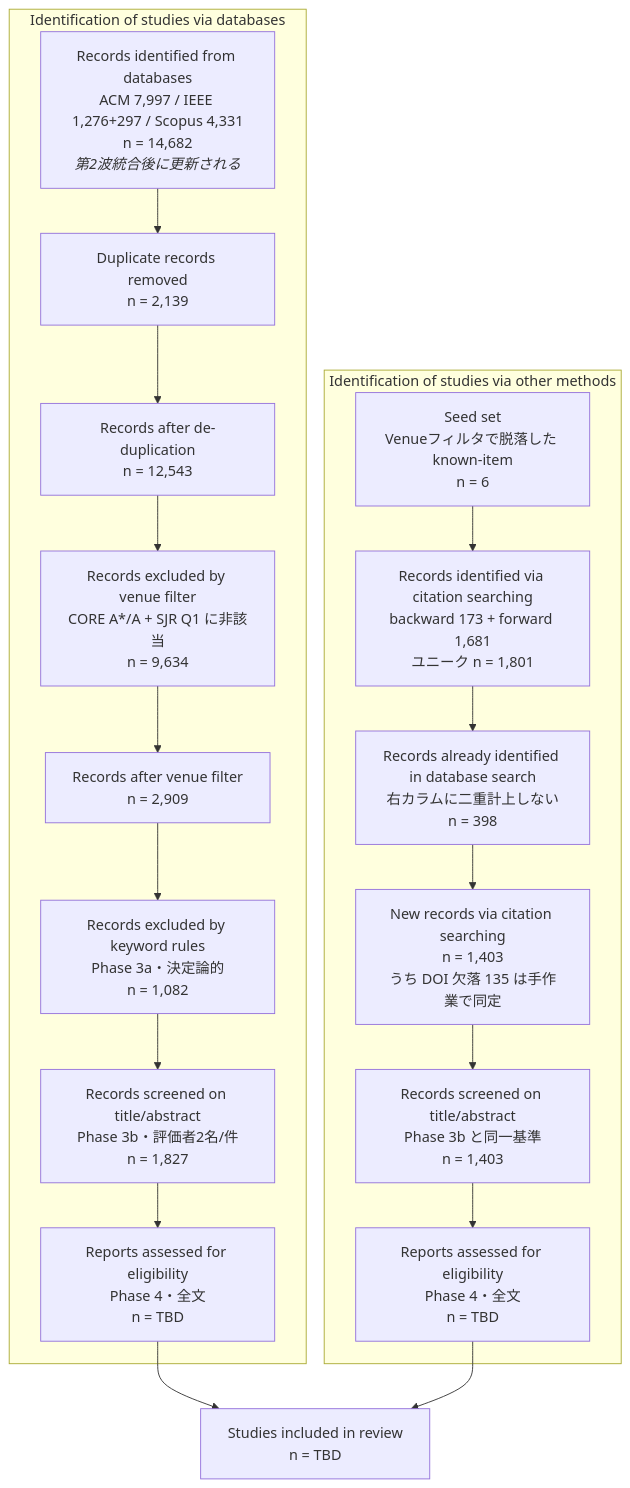
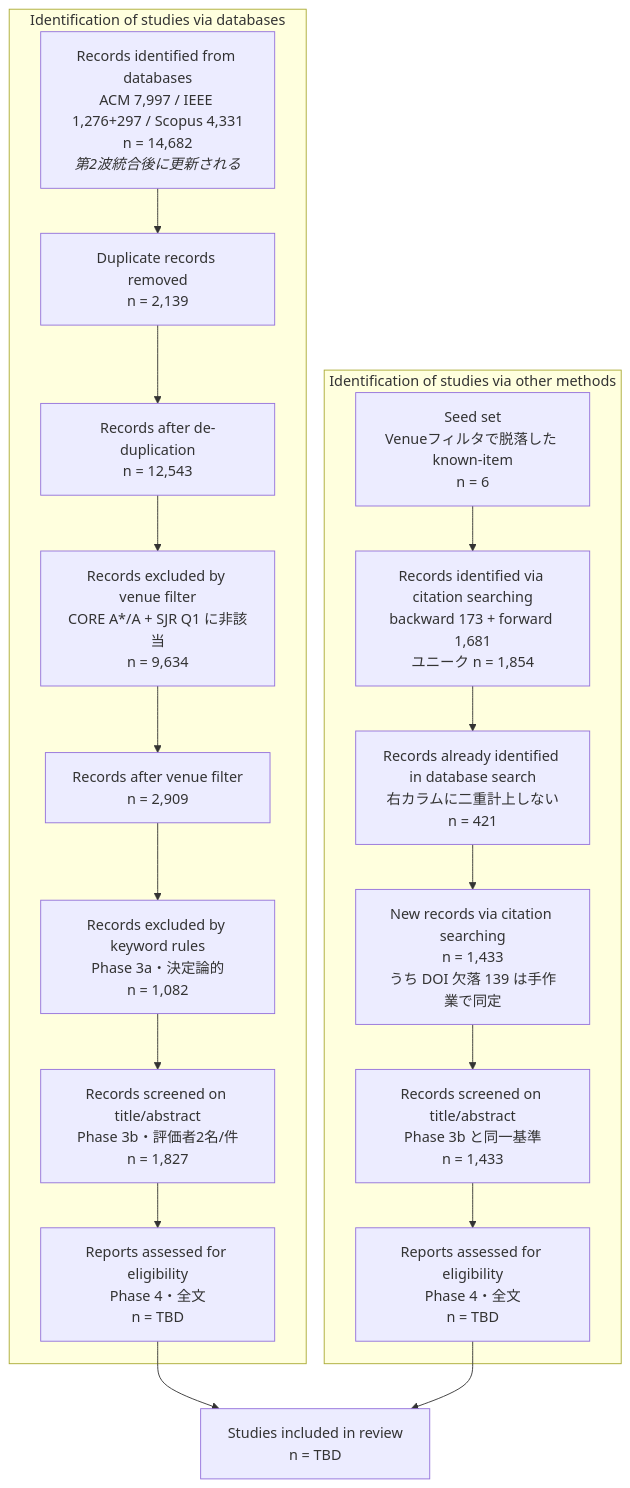
The diagram in docs/snowballing_protocol.md (usamaru33/SurveyProtocol), drawn with Mermaid before and after one commit. The commit also changed other lines of this file and 3 other files, not shown here.

````diff
--- a/docs/snowballing_protocol.md
+++ b/docs/snowballing_protocol.md
@@ -85,27 +185,27 @@
 ```mermaid
 flowchart TB
     subgraph L["Identification of studies via databases"]
         L1["Records identified from databases<br/>ACM 7,997 / IEEE 1,276+297 / Scopus 4,331<br/>n = 14,682<br/><i>第2波統合後に更新される</i>"]
         L2["Duplicate records removed<br/>n = 2,139"]
         L3["Records after de-duplication<br/>n = 12,543"]
         L4["Records excluded by venue filter<br/>CORE A*/A + SJR Q1 に非該当<br/>n = 9,634"]
         L5["Records after venue filter<br/>n = 2,909"]
         L6["Records excluded by keyword rules<br/>Phase 3a・決定論的<br/>n = 1,082"]
         L7["Records screened on title/abstract<br/>Phase 3b・評価者2名/件<br/>n = 1,827"]
         L8["Reports assessed for eligibility<br/>Phase 4・全文<br/>n = TBD"]
         L1 --> L2 --> L3 --> L4 --> L5 --> L6 --> L7 --> L8
     end
 
     subgraph R["Identification of studies via other methods"]
         R1["Seed set<br/>Venueフィルタで脱落した known-item<br/>n = 6"]
-        R2["Records identified via citation searching<br/>backward 173 + forward 1,681<br/>ユニーク n = 1,801"]
-        R3["Records already identified in database search<br/>右カラムに二重計上しない<br/>n = 398"]
-        R4["New records via citation searching<br/>n = 1,403<br/>うち DOI 欠落 135 は手作業で同定"]
-        R5["Records screened on title/abstract<br/>Phase 3b と同一基準<br/>n = 1,403"]
+        R2["Records identified via citation searching<br/>backward 173 + forward 1,681<br/>ユニーク n = 1,854"]
+        R3["Records already identified in database search<br/>右カラムに二重計上しない<br/>n = 421"]
+        R4["New records via citation searching<br/>n = 1,433<br/>うち DOI 欠落 139 は手作業で同定"]
+        R5["Records screened on title/abstract<br/>Phase 3b と同一基準<br/>n = 1,433"]
         R6["Reports assessed for eligibility<br/>Phase 4・全文<br/>n = TBD"]
         R1 --> R2 --> R3 --> R4 --> R5 --> R6
     end
 
     L8 --> INC["Studies included in review<br/>n = TBD"]
     R6 --> INC
 ```
````
